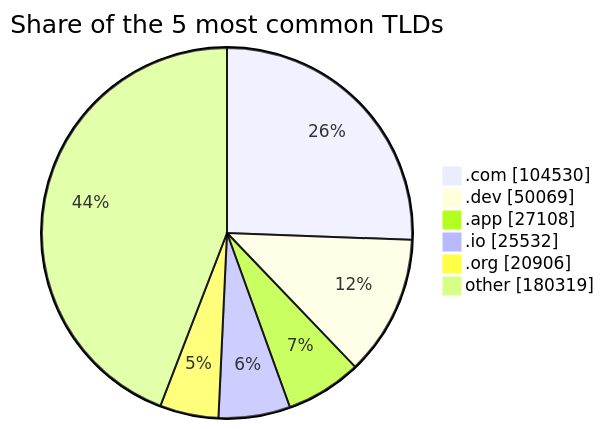
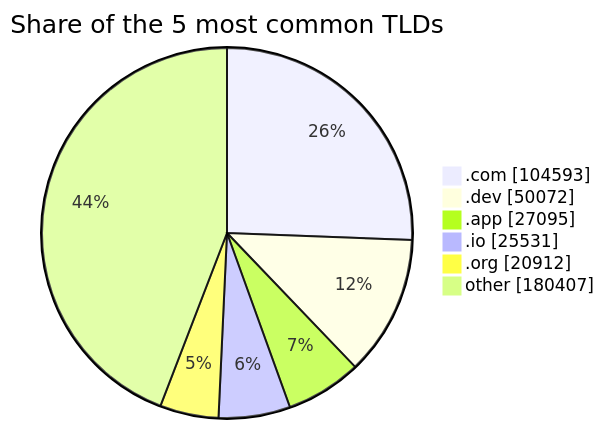
One commit to DNSBunker/CTI changed the third of 3 diagrams in README.md. Above: the diagram before and after it, drawn with Mermaid. The commit also changed other lines of this file and 3 other files, not shown here.

````diff
--- a/README.md
+++ b/README.md
@@ -81,9 +81,9 @@
 ```mermaid
 pie showData title Share of the 5 most common TLDs
-    ".com" : 104530
-    ".dev" : 50069
-    ".app" : 27108
-    ".io" : 25532
-    ".org" : 20906
-    "other" : 180319
+    ".com" : 104593
+    ".dev" : 50072
+    ".app" : 27095
+    ".io" : 25531
+    ".org" : 20912
+    "other" : 180407
 ```
````
